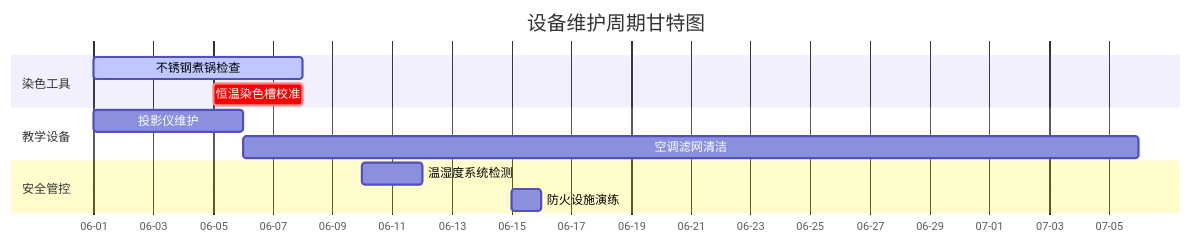
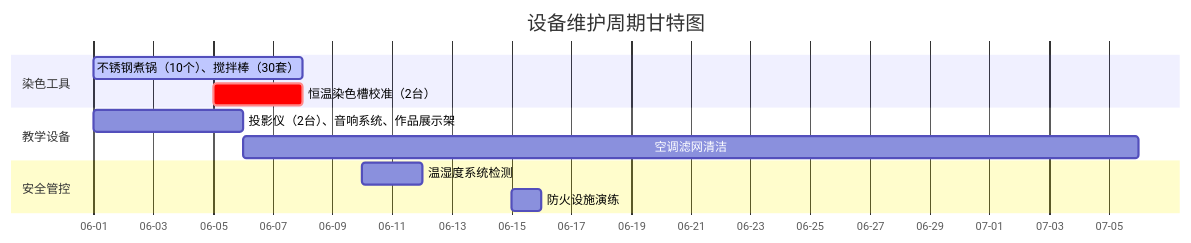
One commit to NaturalRice/git-demo changed the eighth of 10 diagrams in README.md. Above: the diagram before and after it, drawn with Mermaid. The commit also changed other lines of this file, not shown here.

````diff
--- a/README.md
+++ b/README.md
@@ -100,15 +100,15 @@
 ```mermaid
 gantt
     title 设备维护周期甘特图
     dateFormat  YYYY-MM-DD
     axisFormat  %m-%d
     section 染色工具
-    不锈钢煮锅检查    :active, des1, 2023-06-01, 7d
-    恒温染色槽校准    :crit, des2, 2023-06-05, 3d
+    不锈钢煮锅（10个）、搅拌棒（30套）    :active, des1, 2023-06-01, 7d
+    恒温染色槽校准（2台）   :crit, des2, 2023-06-05, 3d
     section 教学设备
-    投影仪维护       :des3, 2023-06-01, 5d
+    投影仪（2台）、音响系统、作品展示架       :des3, 2023-06-01, 5d
     空调滤网清洁     :des4, after des3, 30d
     section 安全管控
     温湿度系统检测   :des5, 2023-06-10, 2d
     防火设施演练     :des6, 2023-06-15, 1d
 ```
````
